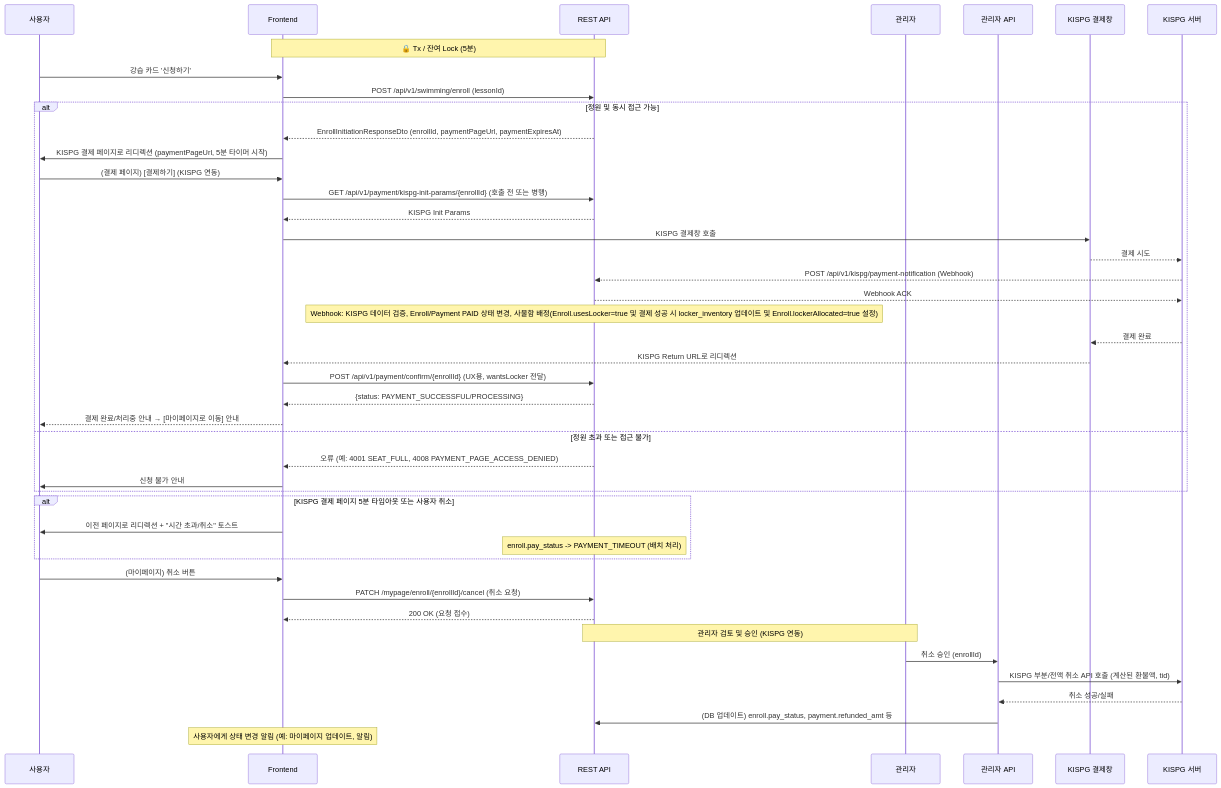
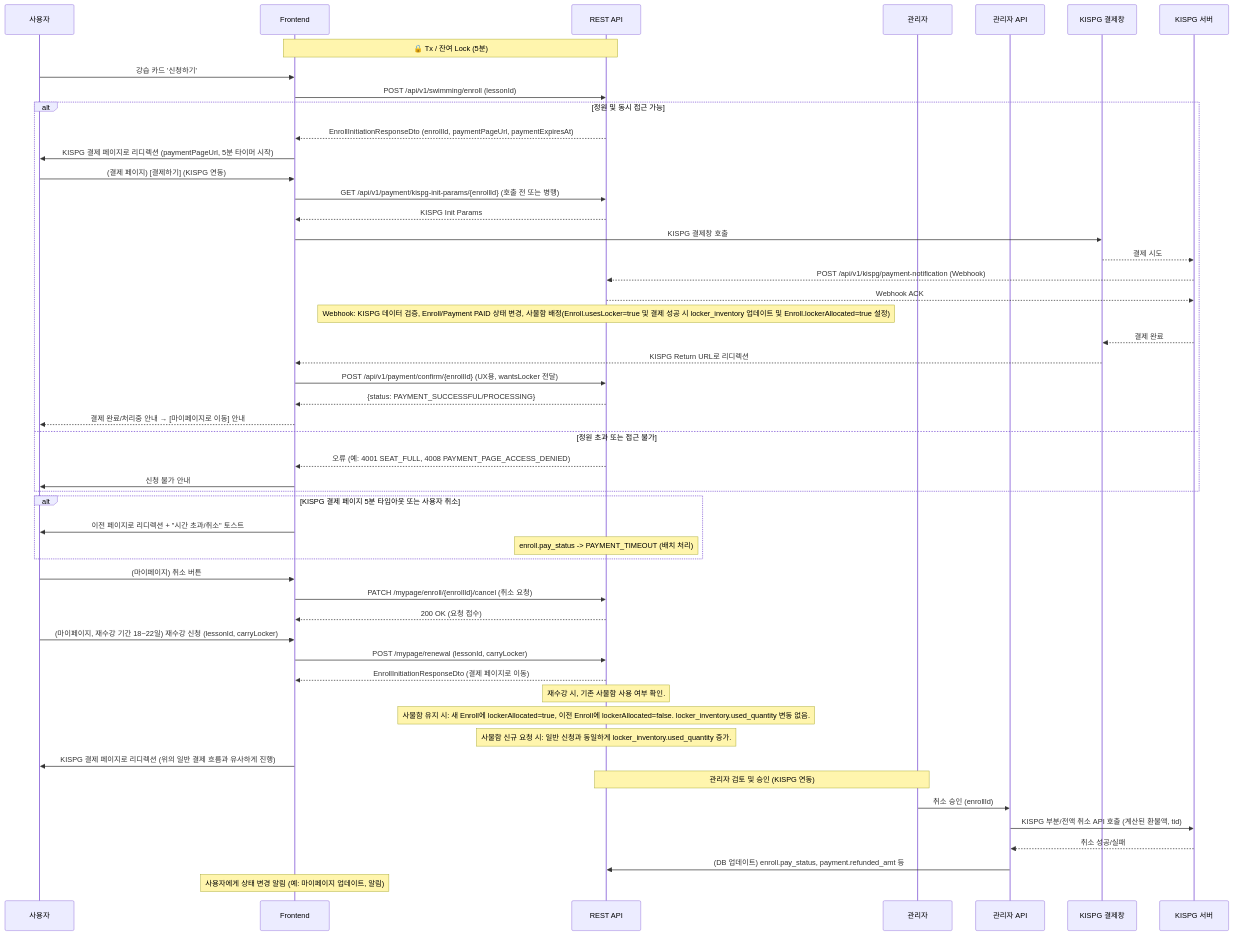
One commit to Russ481-k/arpina-server changed the diagram in Docs/cms/swim-overview.md. Above: the diagram before and after it, drawn with Mermaid. The commit also changed other lines of this file and 11 other files, not shown here.

````diff
--- a/Docs/cms/swim-overview.md
+++ b/Docs/cms/swim-overview.md
@@ -33,49 +33,57 @@
   ```mermaid
   sequenceDiagram
       participant U as 사용자
       participant FE as Frontend
       participant API as REST API
       participant ADM as 관리자
       participant BO as 관리자 API
       participant KISPG_Window as KISPG 결제창
       participant KISPG_Server as KISPG 서버
 
       Note over FE,API: 🔒 Tx / 잔여 Lock (5분)
       U->>FE: 강습 카드 '신청하기'
       FE->>API: POST /api/v1/swimming/enroll (lessonId)
       alt 정원 및 동시 접근 가능
         API-->>FE: EnrollInitiationResponseDto (enrollId, paymentPageUrl, paymentExpiresAt)
         FE->>U: KISPG 결제 페이지로 리디렉션 (paymentPageUrl, 5분 타이머 시작)
         U->>FE: (결제 페이지) [결제하기] (KISPG 연동)
         FE->>API: GET /api/v1/payment/kispg-init-params/{enrollId} (호출 전 또는 병행)
         API-->>FE: KISPG Init Params
         FE->>KISPG_Window: KISPG 결제창 호출
         KISPG_Window-->>KISPG_Server: 결제 시도
         KISPG_Server-->>API: POST /api/v1/kispg/payment-notification (Webhook)
         API-->>KISPG_Server: Webhook ACK
         Note over API: Webhook: KISPG 데이터 검증, Enroll/Payment PAID 상태 변경, 사물함 배정(Enroll.usesLocker=true 및 결제 성공 시 locker_inventory 업데이트 및 Enroll.lockerAllocated=true 설정)
         KISPG_Server-->>KISPG_Window: 결제 완료
         KISPG_Window-->>FE: KISPG Return URL로 리디렉션
         FE->>API: POST /api/v1/payment/confirm/{enrollId} (UX용, wantsLocker 전달)
         API-->>FE: {status: PAYMENT_SUCCESSFUL/PROCESSING}
         FE-->>U: 결제 완료/처리중 안내 → [마이페이지로 이동] 안내
       else 정원 초과 또는 접근 불가
         API-->>FE: 오류 (예: 4001 SEAT_FULL, 4008 PAYMENT_PAGE_ACCESS_DENIED)
         FE->>U: 신청 불가 안내
       end
       alt KISPG 결제 페이지 5분 타임아웃 또는 사용자 취소
         FE->>U: 이전 페이지로 리디렉션 + "시간 초과/취소" 토스트
         Note over API: enroll.pay_status -> PAYMENT_TIMEOUT (배치 처리)
       end
 
       U->>FE: (마이페이지) 취소 버튼
       FE->>API: PATCH /mypage/enroll/{enrollId}/cancel (취소 요청)
       API-->>FE: 200 OK (요청 접수)
 
+      U->>FE: (마이페이지, 재수강 기간 18~22일) 재수강 신청 (lessonId, carryLocker)
+      FE->>API: POST /mypage/renewal (lessonId, carryLocker)
+      API-->>FE: EnrollInitiationResponseDto (결제 페이지로 이동)
+      Note over API: 재수강 시, 기존 사물함 사용 여부 확인.
+      Note over API: 사물함 유지 시: 새 Enroll에 lockerAllocated=true, 이전 Enroll에 lockerAllocated=false. locker_inventory.used_quantity 변동 없음.
+      Note over API: 사물함 신규 요청 시: 일반 신청과 동일하게 locker_inventory.used_quantity 증가.
+      FE->>U: KISPG 결제 페이지로 리디렉션 (위의 일반 결제 흐름과 유사하게 진행)
+
       Note over API,ADM: 관리자 검토 및 승인 (KISPG 연동)
       ADM->>BO: 취소 승인 (enrollId)
       BO->>KISPG_Server: KISPG 부분/전액 취소 API 호출 (계산된 환불액, tid)
       KISPG_Server-->>BO: 취소 성공/실패
       BO->>API: (DB 업데이트) enroll.pay_status, payment.refunded_amt 등
       Note over FE: 사용자에게 상태 변경 알림 (예: 마이페이지 업데이트, 알림)
   ```
````
